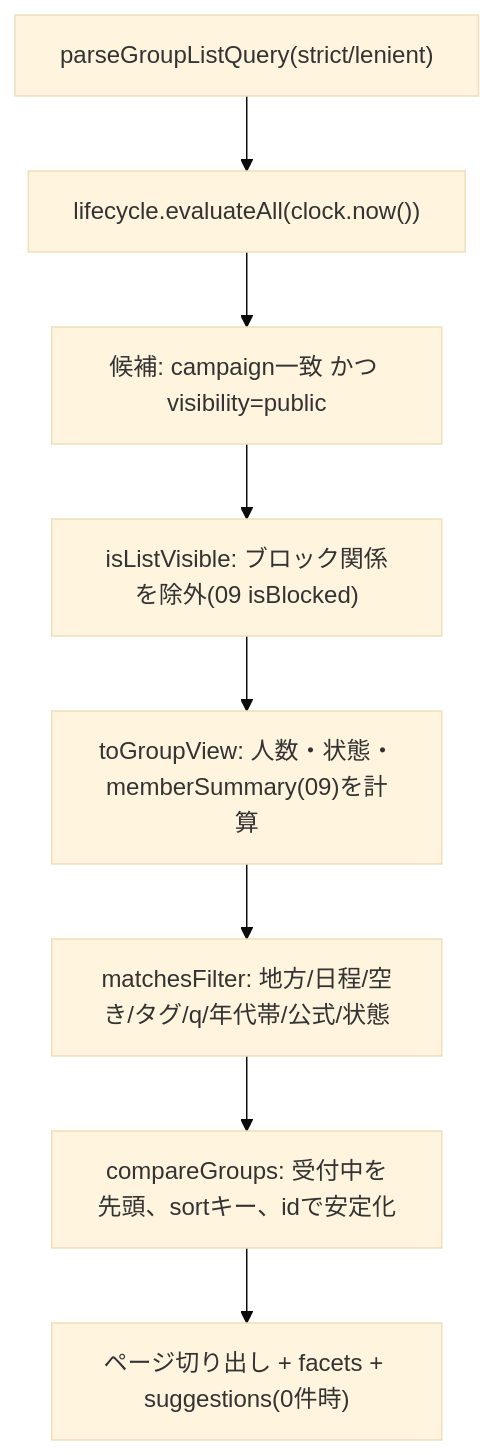
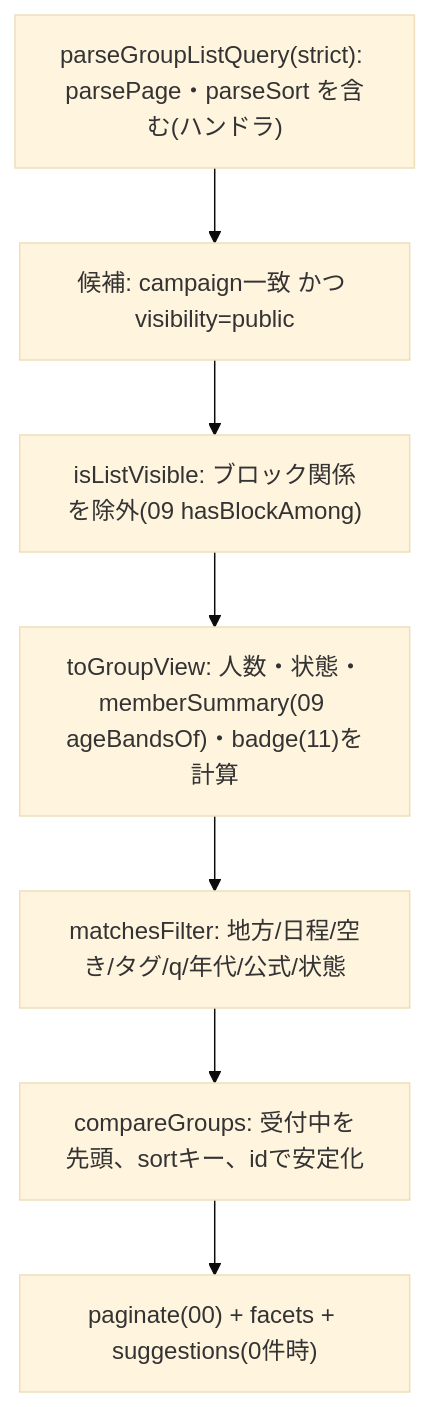
The diagram in docs/feature/02-group-discovery.md (masahirosako1005/MC-006), drawn with Mermaid (base theme) before and after one commit. The commit also changed other lines of this file and 34 other files, not shown here.

````diff
--- a/docs/feature/02-group-discovery.md
+++ b/docs/feature/02-group-discovery.md
@@ -355,10 +409,9 @@
 ```mermaid
 flowchart TB
-  A["parseGroupListQuery(strict/lenient)"] --> B["lifecycle.evaluateAll(clock.now())"]
-  B --> C["候補: campaign一致 かつ visibility=public"]
-  C --> D["isListVisible: ブロック関係を除外(09 isBlocked)"]
-  D --> E["toGroupView: 人数・状態・memberSummary(09)を計算"]
-  E --> F["matchesFilter: 地方/日程/空き/タグ/q/年代帯/公式/状態"]
+  A["parseGroupListQuery(strict): parsePage・parseSort を含む(ハンドラ)"] --> C["候補: campaign一致 かつ visibility=public"]
+  C --> D["isListVisible: ブロック関係を除外(09 hasBlockAmong)"]
+  D --> E["toGroupView: 人数・状態・memberSummary(09 ageBandsOf)・badge(11)を計算"]
+  E --> F["matchesFilter: 地方/日程/空き/タグ/q/年代/公式/状態"]
   F --> G["compareGroups: 受付中を先頭、sortキー、idで安定化"]
-  G --> H["ページ切り出し + facets + suggestions(0件時)"]
+  G --> H["paginate(00) + facets + suggestions(0件時)"]
 ```
````
